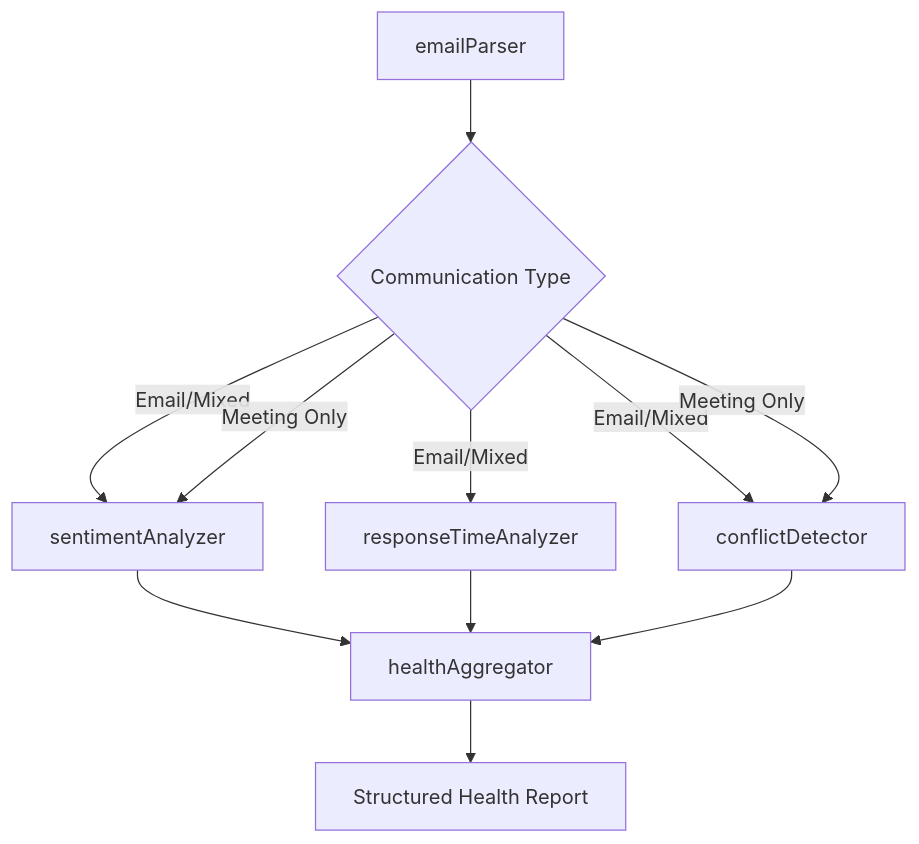
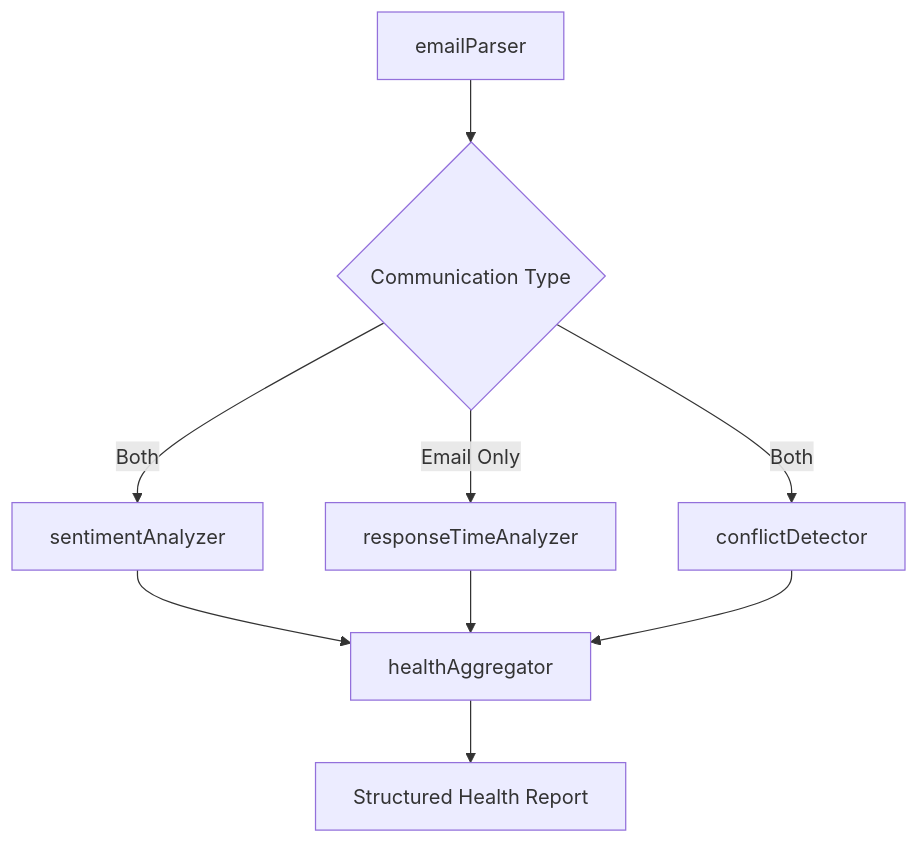
The diagram in README.md (roeyzeldin/communication-health-analyzer), drawn with Mermaid before and after one commit. The commit also changed other lines of this file, not shown here.

Commit message:
add setup to README

````diff
--- a/README.md
+++ b/README.md
@@ -55,15 +53,13 @@
 ```mermaid
 graph TD
     A[emailParser] --> B{Communication Type}
-    B -->|Email/Mixed| C[sentimentAnalyzer]
-    B -->|Email/Mixed| D[responseTimeAnalyzer]
-    B -->|Email/Mixed| E[conflictDetector]
-    B -->|Meeting Only| C
-    B -->|Meeting Only| E
+    B -->|Both| C[sentimentAnalyzer]
+    B -->|Email Only| D[responseTimeAnalyzer]
+    B -->|Both| E[conflictDetector]
     
     C --> F[healthAggregator]
     D --> F
     E --> F
     
     F --> G[Structured Health Report]
 ```
````
